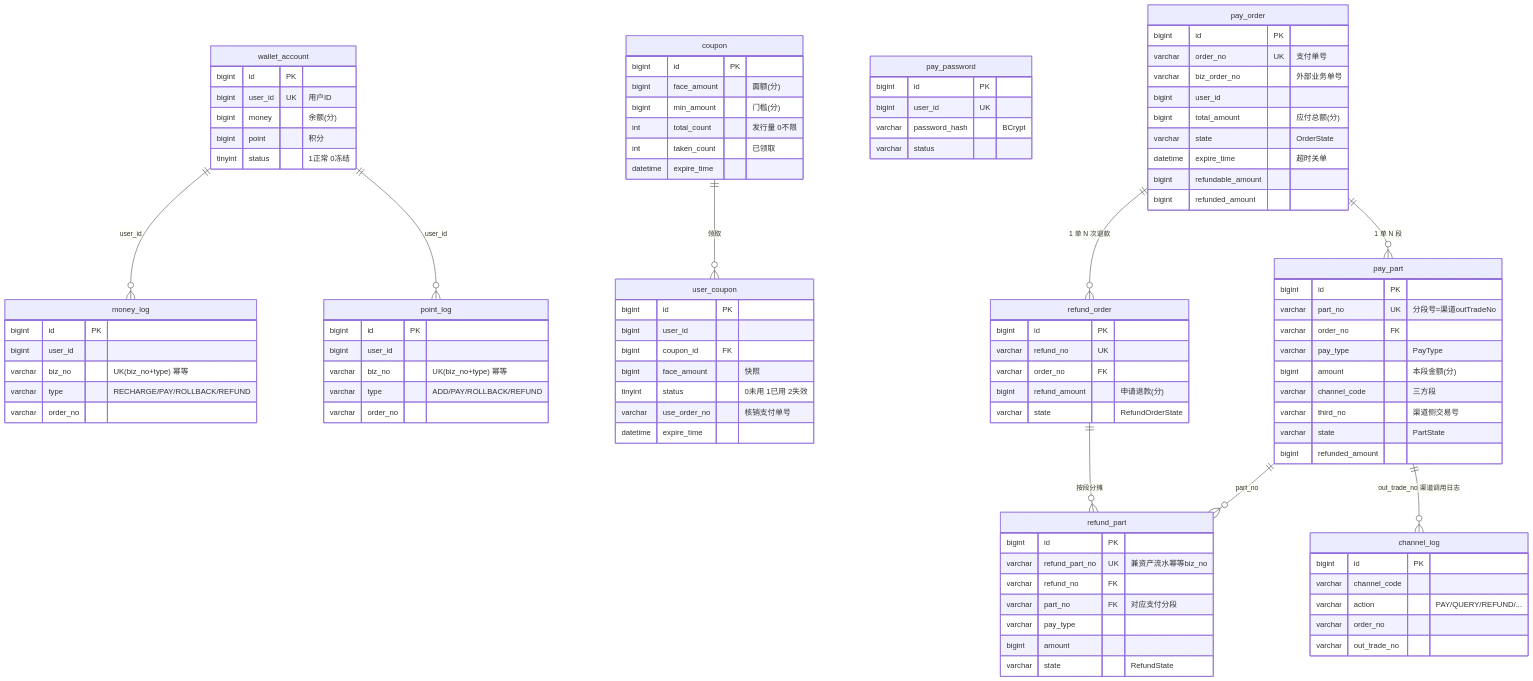
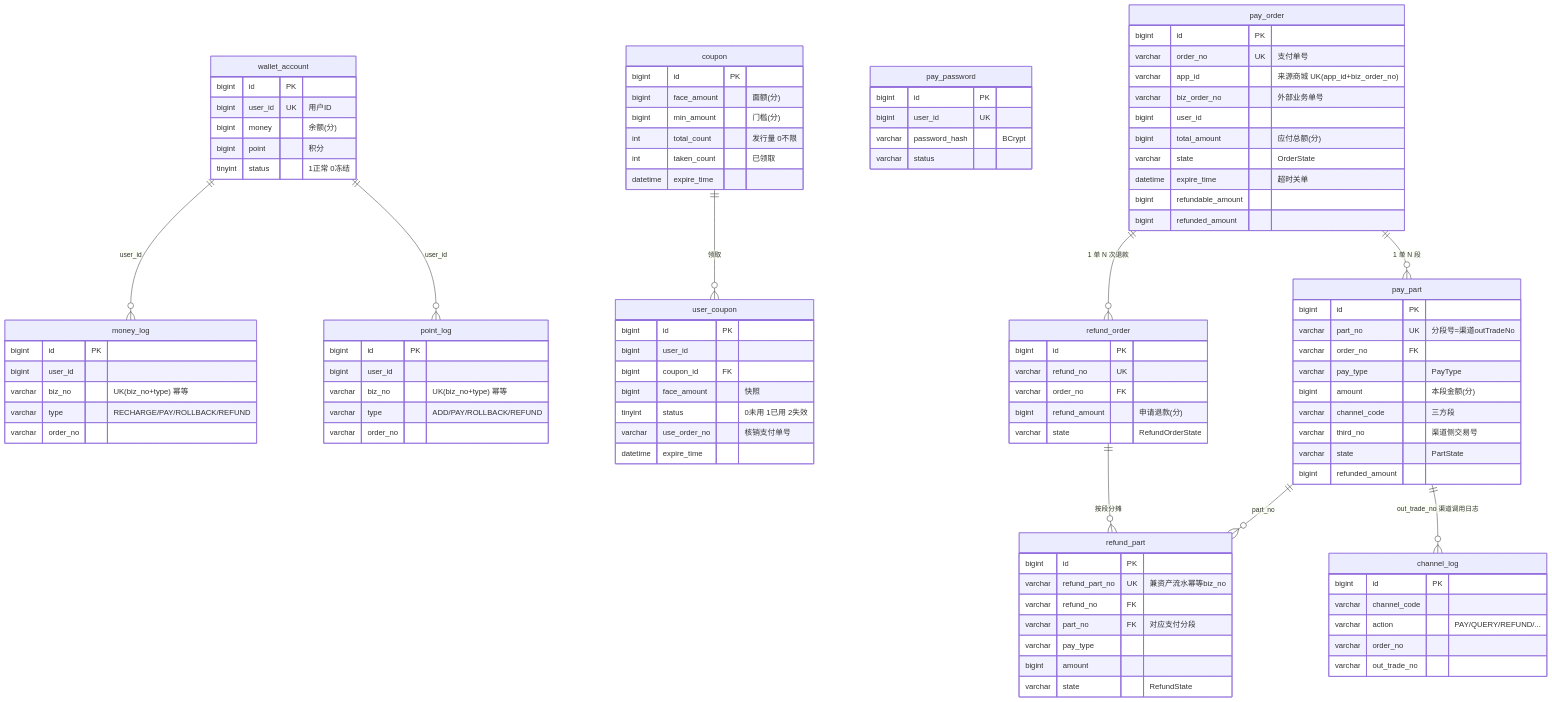
The fifth of 5 diagrams in README.md (WLJDSG/wallet), drawn with Mermaid before and after one commit. The commit also changed other lines of this file and 30 other files, not shown here.

```diff
--- a/README.md
+++ b/README.md
@@ -377,6 +382,7 @@
     pay_order {
         bigint id PK
         varchar order_no UK "支付单号"
+        varchar app_id "来源商城 UK(app_id+biz_order_no)"
         varchar biz_order_no "外部业务单号"
         bigint user_id
         bigint total_amount "应付总额(分)"
```
